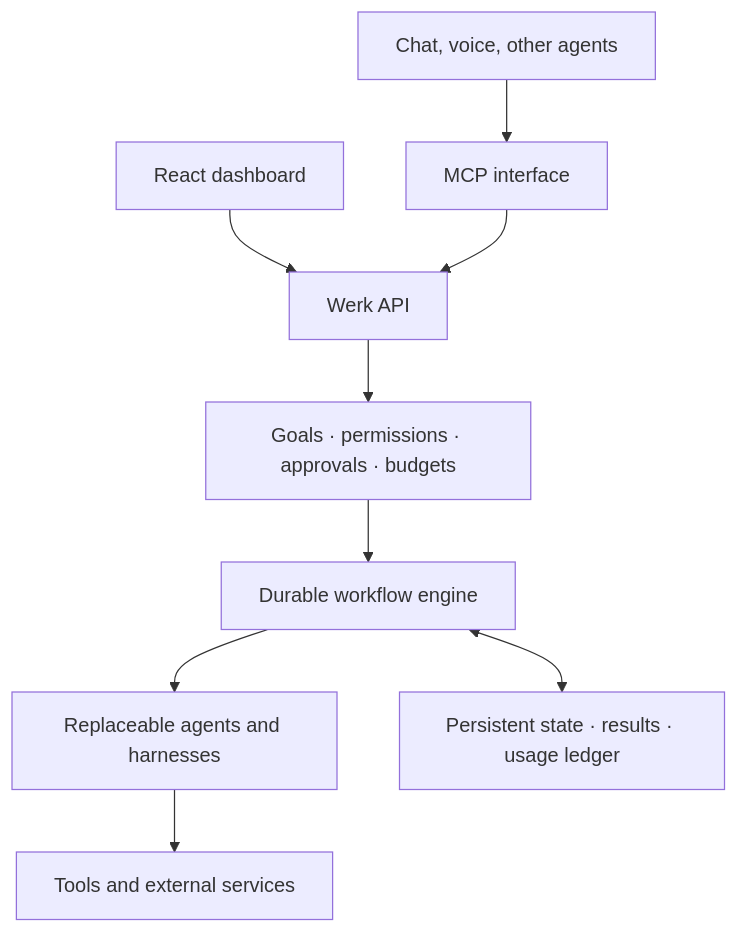
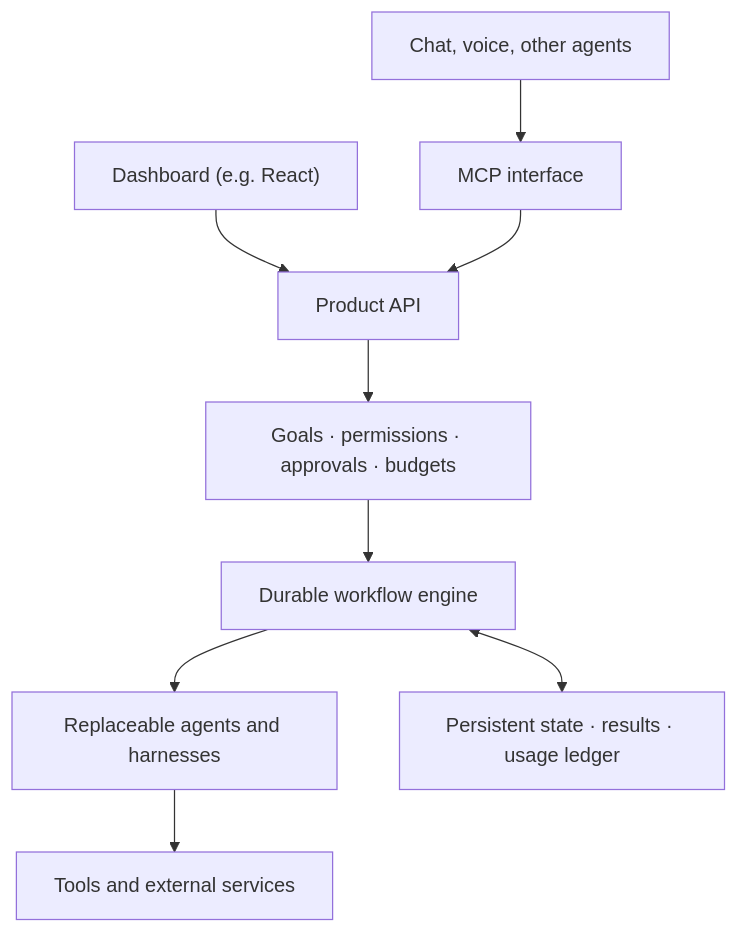
The diagram in docs/interface-independence.md (werkrbee/ai-hive), drawn with Mermaid before and after one commit. The commit also changed other lines of this file and 3 other files, not shown here.

````diff
--- a/docs/interface-independence.md
+++ b/docs/interface-independence.md
@@ -21,11 +23,11 @@
 ```mermaid
 flowchart TB
-  UI["React dashboard"] --> API["Werk API"]
+  UI["Dashboard (e.g. React)"] --> API["Product API"]
   Chat["Chat, voice, other agents"] --> MCP["MCP interface"]
   MCP --> API
   API --> Core["Goals · permissions · approvals · budgets"]
   Core --> Engine["Durable workflow engine"]
   Engine --> Workers["Replaceable agents and harnesses"]
   Workers --> Tools["Tools and external services"]
   Engine <--> State["Persistent state · results · usage ledger"]
 ```
````
